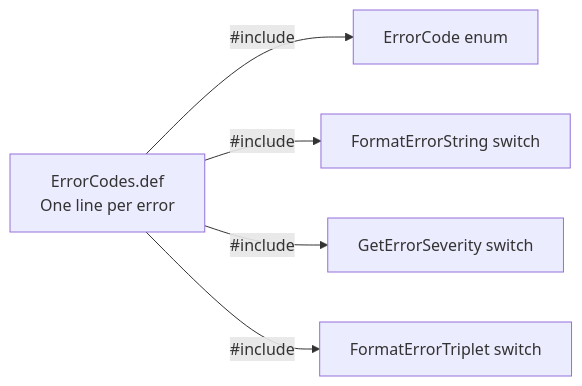
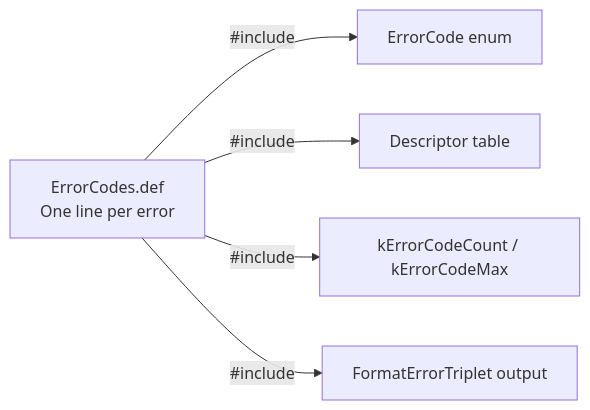
Before and after one commit to HyacinthHaru/openppp2: the second of 8 diagrams in docs/DIAGNOSTICS_ERROR_SYSTEM.md, drawn with Mermaid. The commit also changed other lines of this file and 16 other files, not shown here.

Commit message:
Continuous improvement and optimization of error code paths, as well as updates to the documentation.

````diff
--- a/docs/DIAGNOSTICS_ERROR_SYSTEM.md
+++ b/docs/DIAGNOSTICS_ERROR_SYSTEM.md
@@ -175,7 +176,7 @@
 ```mermaid
 graph LR
     Def[ErrorCodes.def\nOne line per error] -->|#include| E1[ErrorCode enum]
-    Def -->|#include| E2[FormatErrorString switch]
-    Def -->|#include| E3[GetErrorSeverity switch]
-    Def -->|#include| E4[FormatErrorTriplet switch]
+    Def -->|#include| E2[Descriptor table]
+    Def -->|#include| E3[kErrorCodeCount / kErrorCodeMax]
+    Def -->|#include| E4[FormatErrorTriplet output]
 ```
````
